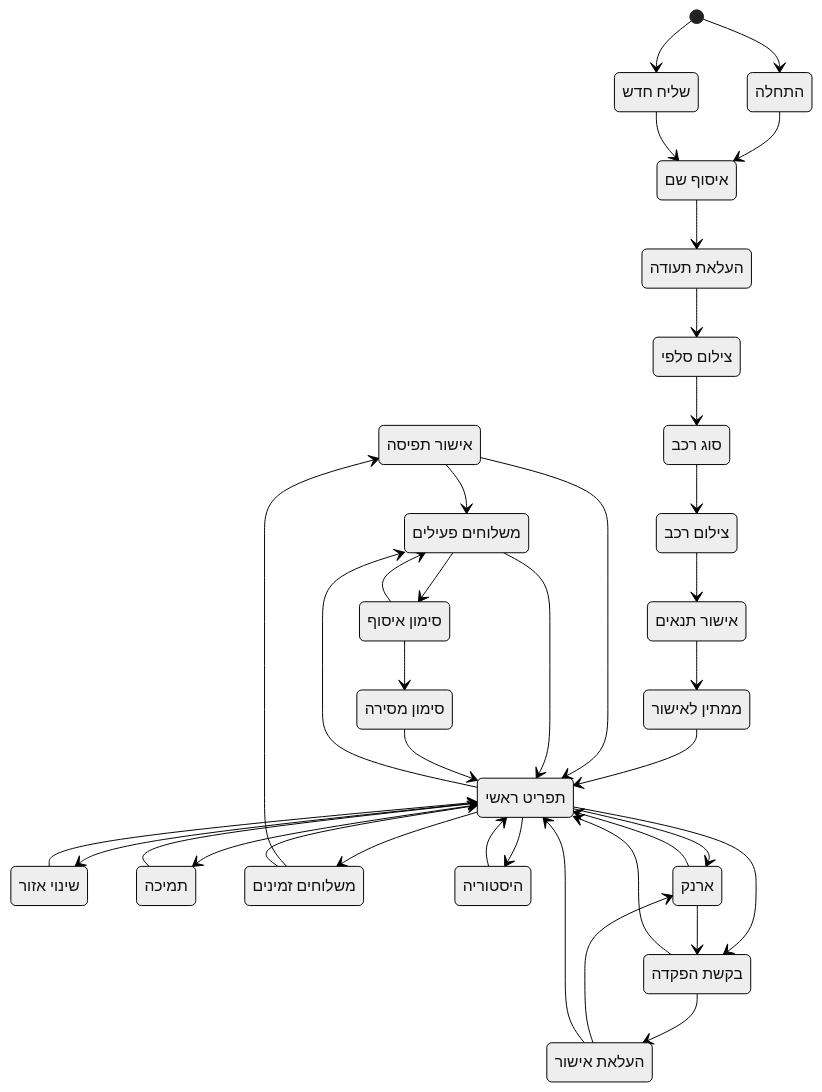
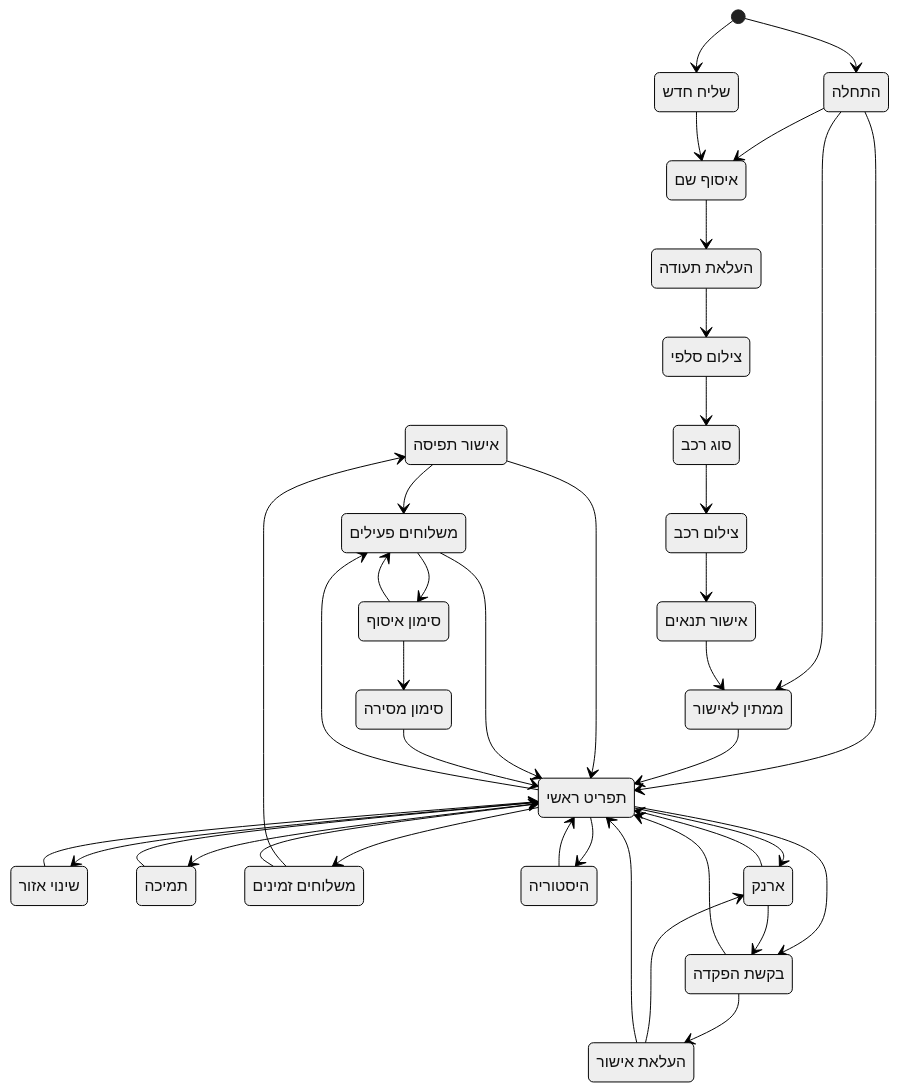
One commit to amirbiron/Shipment-bot changed the second of 6 diagrams in CLAUDE.md. Above: the diagram before and after it, drawn with Mermaid (neutral theme). The commit also changed other lines of this file and 3 other files, not shown here.

````diff
--- a/CLAUDE.md
+++ b/CLAUDE.md
@@ -74,62 +75,64 @@
 ```mermaid
 stateDiagram-v2
     COURIER_CAPTURE_CONFIRM : אישור תפיסה
     COURIER_CHANGE_AREA : שינוי אזור
     COURIER_DEPOSIT_REQUEST : בקשת הפקדה
     COURIER_DEPOSIT_UPLOAD : העלאת אישור
     COURIER_INITIAL : התחלה
     COURIER_MARK_DELIVERED : סימון מסירה
     COURIER_MARK_PICKED_UP : סימון איסוף
     COURIER_MENU : תפריט ראשי
     COURIER_NEW : שליח חדש
     COURIER_PENDING_APPROVAL : ממתין לאישור
     COURIER_REGISTER_COLLECT_DOCUMENT : העלאת תעודה
     COURIER_REGISTER_COLLECT_NAME : איסוף שם
     COURIER_REGISTER_COLLECT_SELFIE : צילום סלפי
     COURIER_REGISTER_COLLECT_VEHICLE_CATEGORY : סוג רכב
     COURIER_REGISTER_COLLECT_VEHICLE_PHOTO : צילום רכב
     COURIER_REGISTER_TERMS : אישור תנאים
     COURIER_SUPPORT : תמיכה
     COURIER_VIEW_ACTIVE : משלוחים פעילים
     COURIER_VIEW_AVAILABLE : משלוחים זמינים
     COURIER_VIEW_HISTORY : היסטוריה
     COURIER_VIEW_WALLET : ארנק
 
     [*] --> COURIER_INITIAL
     [*] --> COURIER_NEW
 
     COURIER_INITIAL --> COURIER_REGISTER_COLLECT_NAME
+    COURIER_INITIAL --> COURIER_MENU
+    COURIER_INITIAL --> COURIER_PENDING_APPROVAL
     COURIER_NEW --> COURIER_REGISTER_COLLECT_NAME
     COURIER_REGISTER_COLLECT_NAME --> COURIER_REGISTER_COLLECT_DOCUMENT
     COURIER_REGISTER_COLLECT_DOCUMENT --> COURIER_REGISTER_COLLECT_SELFIE
     COURIER_REGISTER_COLLECT_SELFIE --> COURIER_REGISTER_COLLECT_VEHICLE_CATEGORY
     COURIER_REGISTER_COLLECT_VEHICLE_CATEGORY --> COURIER_REGISTER_COLLECT_VEHICLE_PHOTO
     COURIER_REGISTER_COLLECT_VEHICLE_PHOTO --> COURIER_REGISTER_TERMS
     COURIER_REGISTER_TERMS --> COURIER_PENDING_APPROVAL
     COURIER_PENDING_APPROVAL --> COURIER_MENU
     COURIER_MENU --> COURIER_VIEW_AVAILABLE
     COURIER_MENU --> COURIER_VIEW_ACTIVE
     COURIER_MENU --> COURIER_VIEW_WALLET
     COURIER_MENU --> COURIER_CHANGE_AREA
     COURIER_MENU --> COURIER_VIEW_HISTORY
     COURIER_MENU --> COURIER_SUPPORT
     COURIER_MENU --> COURIER_DEPOSIT_REQUEST
     COURIER_VIEW_AVAILABLE --> COURIER_CAPTURE_CONFIRM
     COURIER_VIEW_AVAILABLE --> COURIER_MENU
     COURIER_CAPTURE_CONFIRM --> COURIER_VIEW_ACTIVE
     COURIER_CAPTURE_CONFIRM --> COURIER_MENU
     COURIER_VIEW_ACTIVE --> COURIER_MARK_PICKED_UP
     COURIER_VIEW_ACTIVE --> COURIER_MENU
     COURIER_MARK_PICKED_UP --> COURIER_MARK_DELIVERED
     COURIER_MARK_PICKED_UP --> COURIER_VIEW_ACTIVE
     COURIER_MARK_DELIVERED --> COURIER_MENU
     COURIER_VIEW_WALLET --> COURIER_DEPOSIT_REQUEST
     COURIER_VIEW_WALLET --> COURIER_MENU
     COURIER_DEPOSIT_REQUEST --> COURIER_DEPOSIT_UPLOAD
     COURIER_DEPOSIT_REQUEST --> COURIER_MENU
     COURIER_DEPOSIT_UPLOAD --> COURIER_VIEW_WALLET
     COURIER_DEPOSIT_UPLOAD --> COURIER_MENU
     COURIER_CHANGE_AREA --> COURIER_MENU
     COURIER_VIEW_HISTORY --> COURIER_MENU
     COURIER_SUPPORT --> COURIER_MENU
 ```
````
